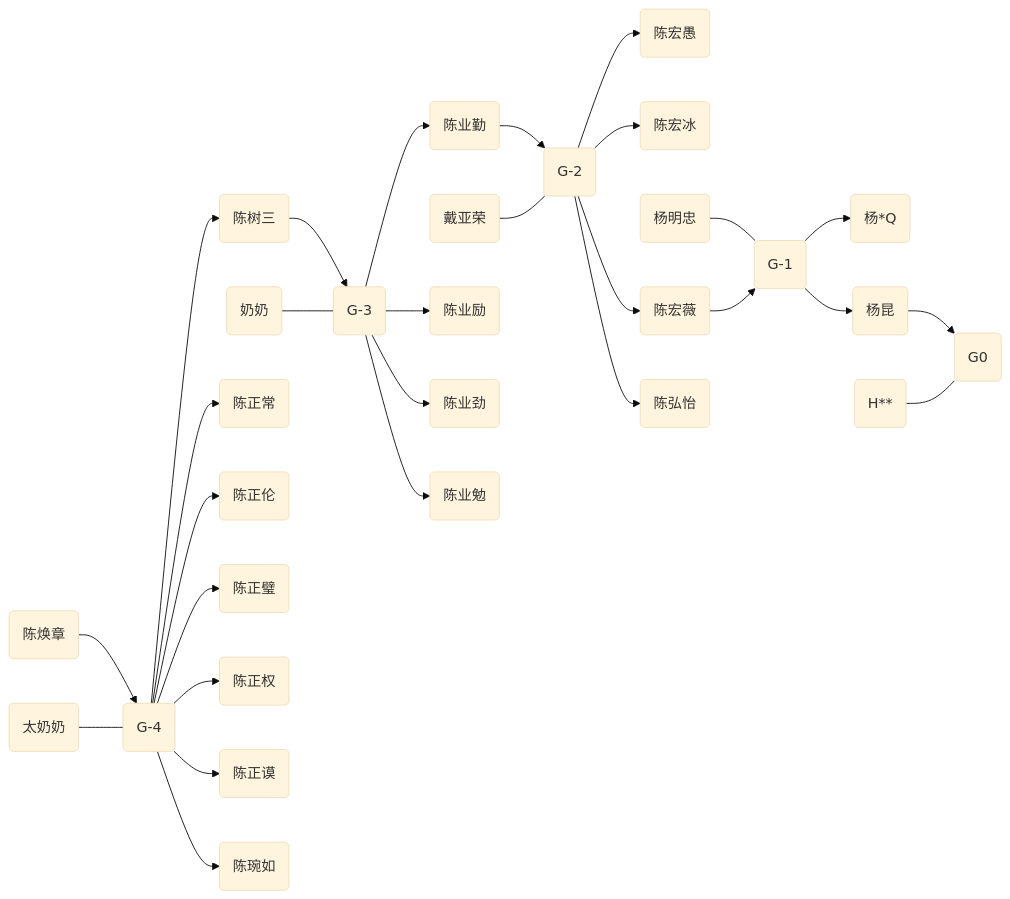
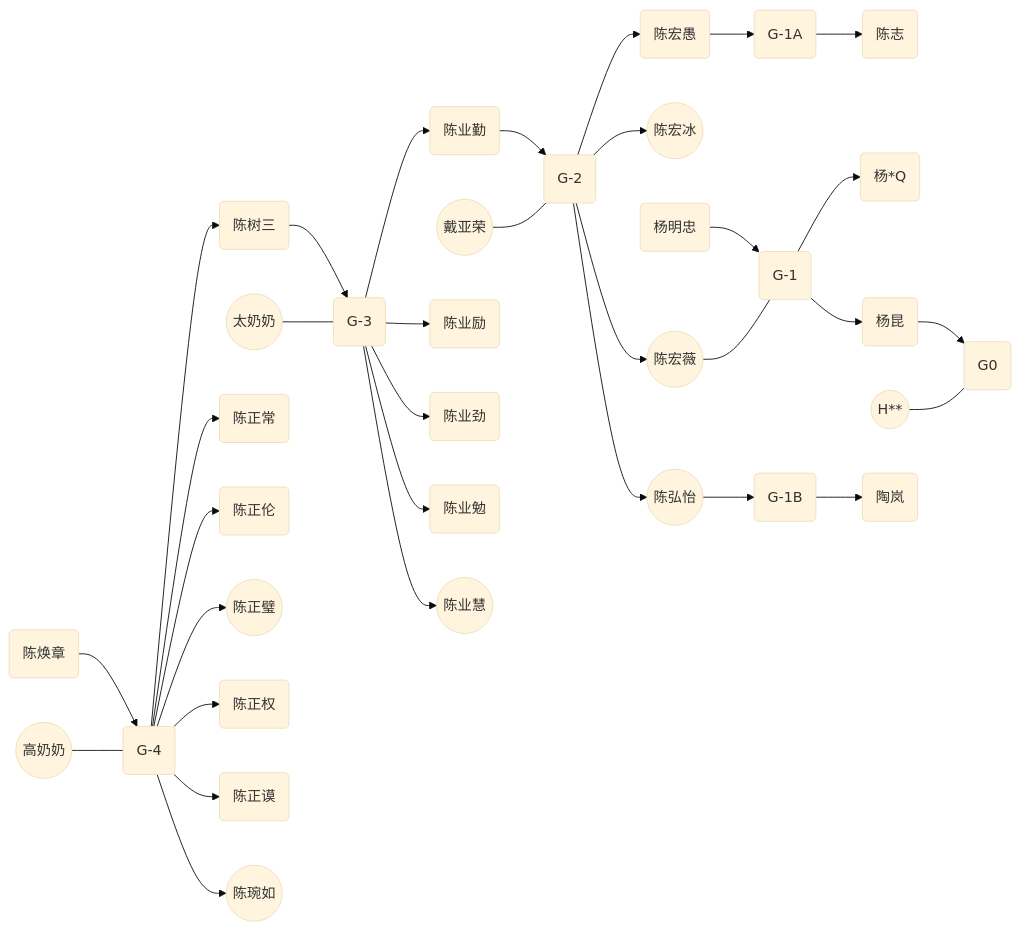
Before and after one commit to Inturious-Labs/herbertyang.xyz: the second of 2 diagrams in docusaurus/docs/about/01.family-tree/index.md, drawn with Mermaid (base theme). The commit also changed other lines of this file and 3 other files, not shown here.

````diff
--- a/docusaurus/docs/about/01.family-tree/index.md
+++ b/docusaurus/docs/about/01.family-tree/index.md
@@ -78,39 +81,42 @@
 ```mermaid
 flowchart LR
 %% Generation -4 %%
 G-4-M1(陈焕章) --> G-4(G-4)
-G-4-F0(太奶奶) --- G-4
+G-4-F0((高奶奶)) --- G-4
 
 %% Generation -3 %%
 G-4 --> G-3-M1(陈树三) --> G-3(G-3)
-G-3-F1(奶奶) --- G-3
+G-3-F1((太奶奶)) --- G-3
 G-4 --> G-3-M2(陈正常) 
 G-4 --> G-3-M3(陈正伦) 
-G-4 --> G-3-F4(陈正璧) 
+G-4 --> G-3-F4((陈正璧)) 
 G-4 --> G-3-M5(陈正权) 
 G-4 --> G-3-F6(陈正谟) 
-G-4 --> G-3-F7(陈琬如) 
+G-4 --> G-3-F7((陈琬如)) 
 
 %% Generation -2 %%
 
 G-3 --> G-2-M1(陈业勤) --> G-2(G-2)
-G-2-F0(戴亚荣) --- G-2
+G-2-F0((戴亚荣)) --- G-2
 G-3 --> G-2-M2(陈业励)
 G-3 --> G-2-M6(陈业劲)
 G-3 --> G-2-M7(陈业勉)
+G-3 --> G-2-F8((陈业慧))
 
 %% Generation -1 %%
 
-G-2 --> G-1-M1(陈宏愚)
-G-2 --> G-1-F2(陈宏冰)
-G-1-M0(杨明忠) --- G-1
-G-2 --> G-1-F3(陈宏薇) --> G-1(G-1)
-G-2 --> G-1-F4(陈弘怡)
+G-2 --> G-1-M1(陈宏愚) --> G-1A(G-1A)
+G-2 --> G-1-F2((陈宏冰))
+G-1-M0(杨明忠) --> G-1
+G-2 --> G-1-F3((陈宏薇)) --- G-1(G-1)
+G-2 --> G-1-F4((陈弘怡)) --> G-1B(G-1B)
 
 %% Generation 0 %%
 
+G-1A --> G0-M3(陈志)
 G-1 --> G0-M1(杨*Q)
 G-1 --> G0-M2(杨昆) --> G0(G0)
-G0-F0(H**) --- G0 
+G0-F0((H**)) --- G0 
+G-1B --> G0-F4(陶岚)
 
 ```
````
